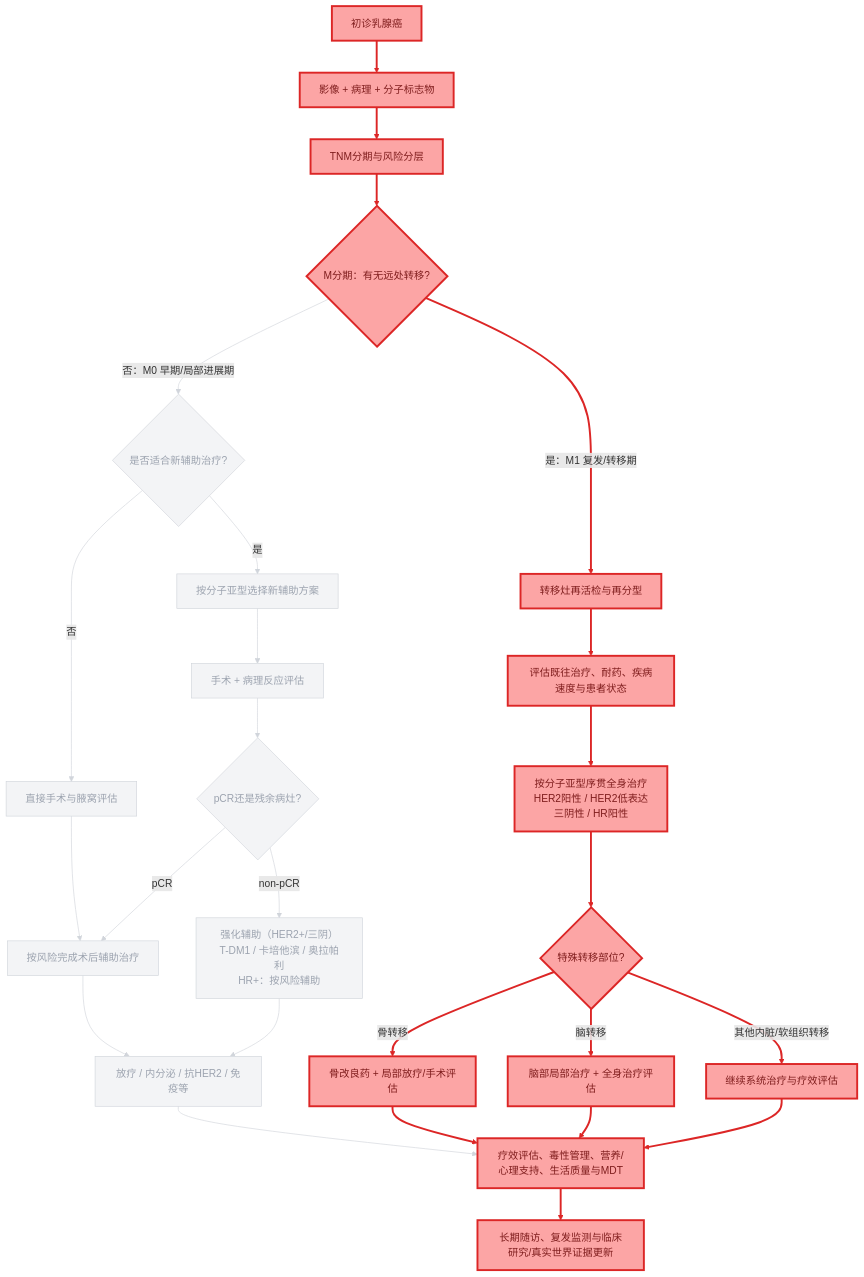
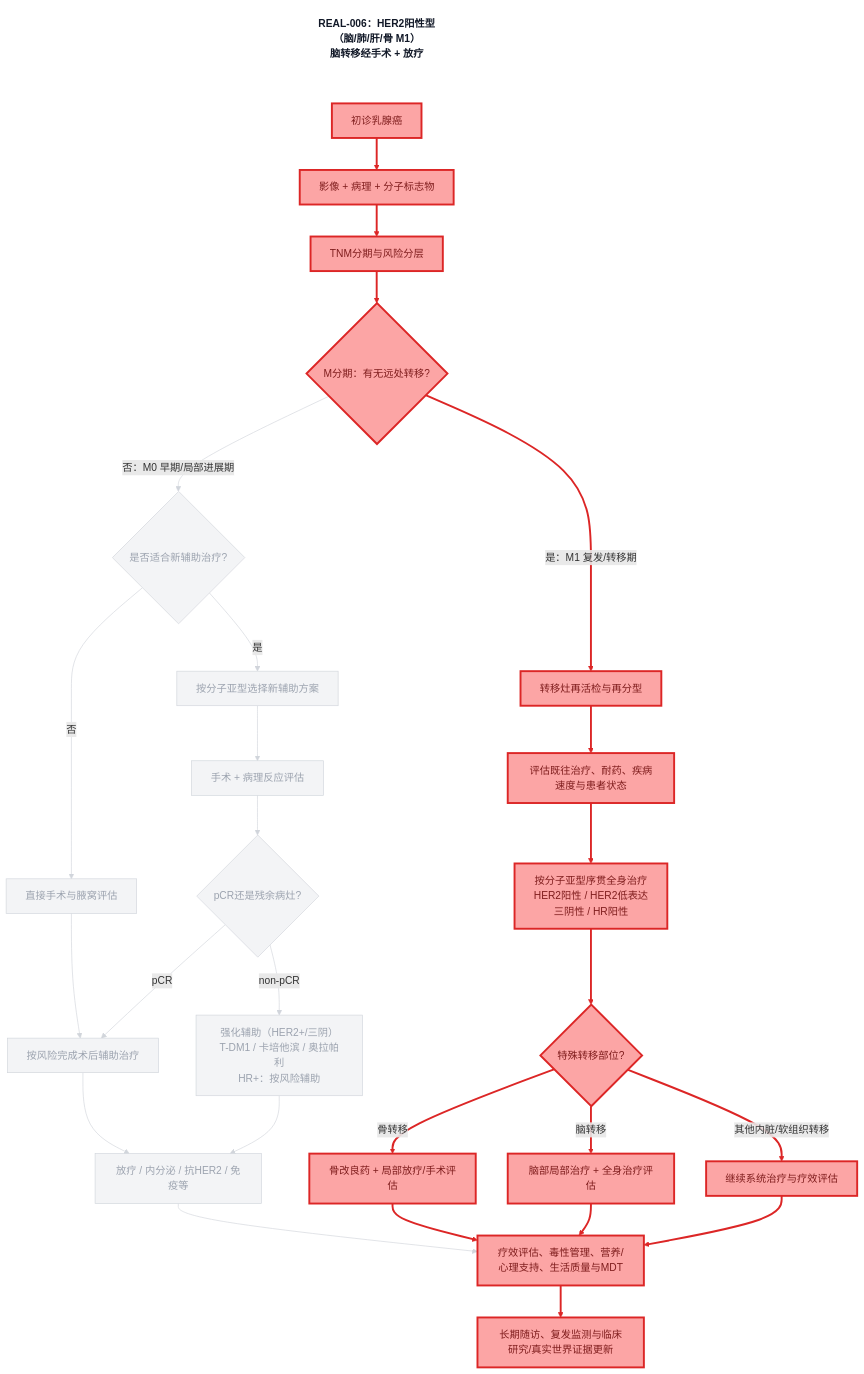
Before and after one commit to dongjb741280/breast-cancer: the diagram in diagrams/decision-chain-REAL-006.mmd, drawn with Mermaid. The commit also changed 21 other files, not shown here.

First line of the commit message:
Add decision-chain skill and regenerate annotated REAL diagrams

```diff
--- a/diagrams/decision-chain-REAL-006.mmd
+++ b/diagrams/decision-chain-REAL-006.mmd
@@ -1,96 +1,99 @@
-%% 乳腺癌诊疗决策链（高亮病例实际路径）
 graph TD
+    TITLE["REAL-006：HER2阳性型（脑/肺/肝/骨 M1）<br/>脑转移经手术 + 放疗"]
     A[初诊乳腺癌]
     B[影像 + 病理 + 分子标志物]
     C[TNM分期与风险分层]
     D{M分期：有无远处转移?}
     E{是否适合新辅助治疗?}
     F[按分子亚型选择新辅助方案]
     G[直接手术与腋窝评估]
     H[手术 + 病理反应评估]
     I{pCR还是残余病灶?}
     J[按风险完成术后辅助治疗]
     K[强化辅助（HER2+/三阴）<br/>T-DM1 / 卡培他滨 / 奥拉帕利<br/>HR+：按风险辅助]
     L[放疗 / 内分泌 / 抗HER2 / 免疫等]
     M[转移灶再活检与再分型]
     N[评估既往治疗、耐药、疾病速度与患者状态]
     O[按分子亚型序贯全身治疗<br/>HER2阳性 / HER2低表达<br/>三阴性 / HR阳性]
     P{特殊转移部位?}
     Q[骨改良药 + 局部放疗/手术评估]
     R[脑部局部治疗 + 全身治疗评估]
     S[继续系统治疗与疗效评估]
     T[疗效评估、毒性管理、营养/心理支持、生活质量与MDT]
     U[长期随访、复发监测与临床研究/真实世界证据更新]
     A --> B
     B --> C
     C --> D
     D -->|否：M0 早期/局部进展期| E
     E -->|是| F
     E -->|否| G
     F --> H
     G --> J
     H --> I
     I -->|pCR| J
     I -->|non-pCR| K
     J --> L
     K --> L
     D -->|是：M1 复发/转移期| M
     M --> N
     N --> O
     O --> P
     P -->|骨转移| Q
     P -->|脑转移| R
     P -->|其他内脏/软组织转移| S
     L --> T
     Q --> T
     R --> T
     S --> T
     T --> U
+    TITLE ~~~ A
     classDef path fill:#fca5a5,stroke:#dc2626,color:#7f1d1d,stroke-width:3px;
     classDef dim fill:#f3f4f6,stroke:#d1d5db,color:#9ca3af,stroke-width:1px;
+    classDef caption fill:#fff,stroke:none,color:#111827,font-weight:bold;
+    class TITLE caption;
     class A path;
     class B path;
     class C path;
     class D path;
     class E dim;
     class F dim;
     class G dim;
     class H dim;
     class I dim;
     class J dim;
     class K dim;
     class L dim;
     class M path;
     class N path;
     class O path;
     class P path;
     class Q path;
     class R path;
     class S path;
     class T path;
     class U path;
     linkStyle 0 stroke:#dc2626,stroke-width:3px;
     linkStyle 1 stroke:#dc2626,stroke-width:3px;
     linkStyle 2 stroke:#dc2626,stroke-width:3px;
     linkStyle 3 stroke:#d1d5db,stroke-width:1px;
     linkStyle 4 stroke:#d1d5db,stroke-width:1px;
     linkStyle 5 stroke:#d1d5db,stroke-width:1px;
     linkStyle 6 stroke:#d1d5db,stroke-width:1px;
     linkStyle 7 stroke:#d1d5db,stroke-width:1px;
     linkStyle 8 stroke:#d1d5db,stroke-width:1px;
     linkStyle 9 stroke:#d1d5db,stroke-width:1px;
     linkStyle 10 stroke:#d1d5db,stroke-width:1px;
     linkStyle 11 stroke:#d1d5db,stroke-width:1px;
     linkStyle 12 stroke:#d1d5db,stroke-width:1px;
     linkStyle 13 stroke:#dc2626,stroke-width:3px;
     linkStyle 14 stroke:#dc2626,stroke-width:3px;
     linkStyle 15 stroke:#dc2626,stroke-width:3px;
     linkStyle 16 stroke:#dc2626,stroke-width:3px;
     linkStyle 17 stroke:#dc2626,stroke-width:3px;
     linkStyle 18 stroke:#dc2626,stroke-width:3px;
     linkStyle 19 stroke:#dc2626,stroke-width:3px;
     linkStyle 20 stroke:#d1d5db,stroke-width:1px;
     linkStyle 21 stroke:#dc2626,stroke-width:3px;
     linkStyle 22 stroke:#dc2626,stroke-width:3px;
     linkStyle 23 stroke:#dc2626,stroke-width:3px;
     linkStyle 24 stroke:#dc2626,stroke-width:3px;
```
